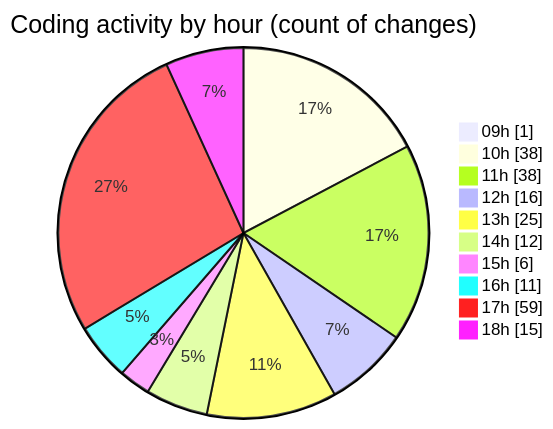
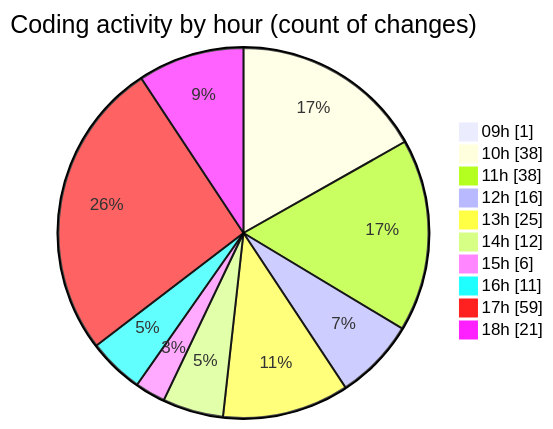
One commit to momahboobian/code-tracking changed the second of 2 diagrams in 2026-01-07/cda/README.md. Above: the diagram before and after it, drawn with Mermaid. The commit also changed other lines of this file and 1 other file, not shown here.

````diff
--- a/2026-01-07/cda/README.md
+++ b/2026-01-07/cda/README.md
@@ -62,14 +63,14 @@
 ```mermaid
 pie showData
 title Coding activity by hour (count of changes)
 "09h" : 1
 "10h" : 38
 "11h" : 38
 "12h" : 16
 "13h" : 25
 "14h" : 12
 "15h" : 6
 "16h" : 11
 "17h" : 59
-"18h" : 15
+"18h" : 21
 ```
````
